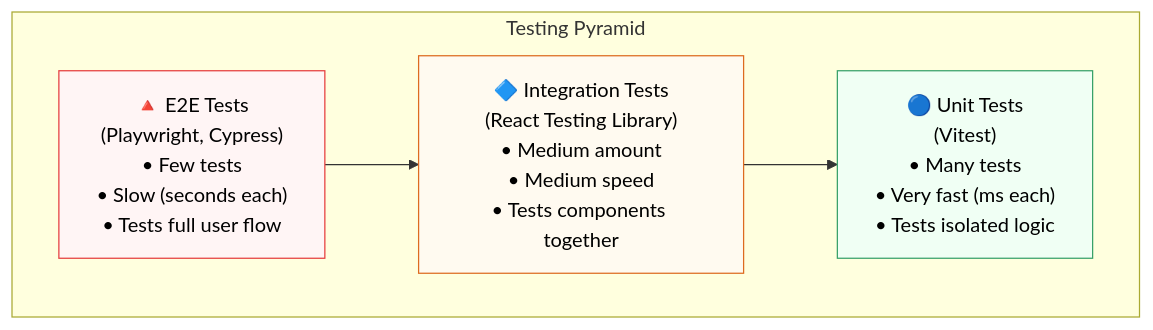
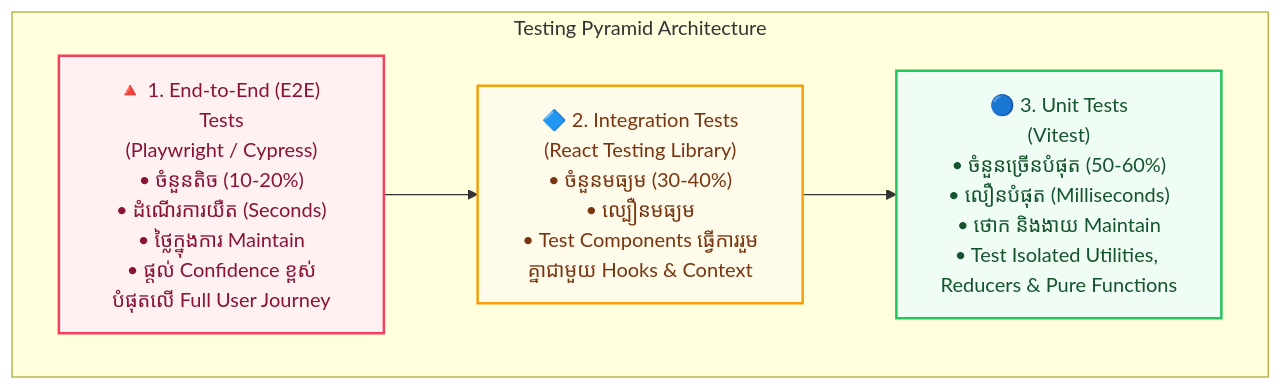
One commit to Ari-ICU/full-stack-short-coures changed the diagram in src/courses/react/module-14-testing/01-testing-fundamentals.mdx. Above: the diagram before and after it, drawn with Mermaid. The commit also changed other lines of this file and 26 other files, not shown here.

````diff
--- a/src/courses/react/module-14-testing/01-testing-fundamentals.mdx
+++ b/src/courses/react/module-14-testing/01-testing-fundamentals.mdx
@@ -24,14 +43,14 @@
 ```mermaid
 graph TD
-    subgraph Pyramid["Testing Pyramid"]
-        E2E["🔺 E2E Tests\n(Playwright, Cypress)\n• Few tests\n• Slow (seconds each)\n• Tests full user flow"]
-        INT["🔷 Integration Tests\n(React Testing Library)\n• Medium amount\n• Medium speed\n• Tests components together"]
-        UNIT["🔵 Unit Tests\n(Vitest)\n• Many tests\n• Very fast (ms each)\n• Tests isolated logic"]
+    subgraph Pyramid["Testing Pyramid Architecture"]
+        E2E["🔺 1. End-to-End (E2E) Tests\n(Playwright / Cypress)\n• ចំនួនតិច (10-20%)\n• ដំណើរការយឺត (Seconds)\n• ថ្លៃក្នុងការ Maintain\n• ផ្តល់ Confidence ខ្ពស់បំផុតលើ Full User Journey"]
+        INT["🔷 2. Integration Tests\n(React Testing Library)\n• ចំនួនមធ្យម (30-40%)\n• ល្បឿនមធ្យម\n• Test Components ធ្វើការរួមគ្នាជាមួយ Hooks & Context"]
+        UNIT["🔵 3. Unit Tests\n(Vitest)\n• ចំនួនច្រើនបំផុត (50-60%)\n• លឿនបំផុត (Milliseconds)\n• ថោក និងងាយ Maintain\n• Test Isolated Utilities, Reducers & Pure Functions"]
     end
 
     E2E --> INT --> UNIT
 
-    style E2E fill:#fff5f5,stroke:#e53e3e,color:#000
-    style INT fill:#fffaf0,stroke:#dd6b20,color:#000
-    style UNIT fill:#f0fff4,stroke:#38a169,color:#000
+    style E2E fill:#fff1f2,stroke:#f43f5e,stroke-width:2px,color:#881337
+    style INT fill:#fffbeb,stroke:#f59e0b,stroke-width:2px,color:#78350f
+    style UNIT fill:#f0fdf4,stroke:#22c55e,stroke-width:2px,color:#14532d
 ```
````
